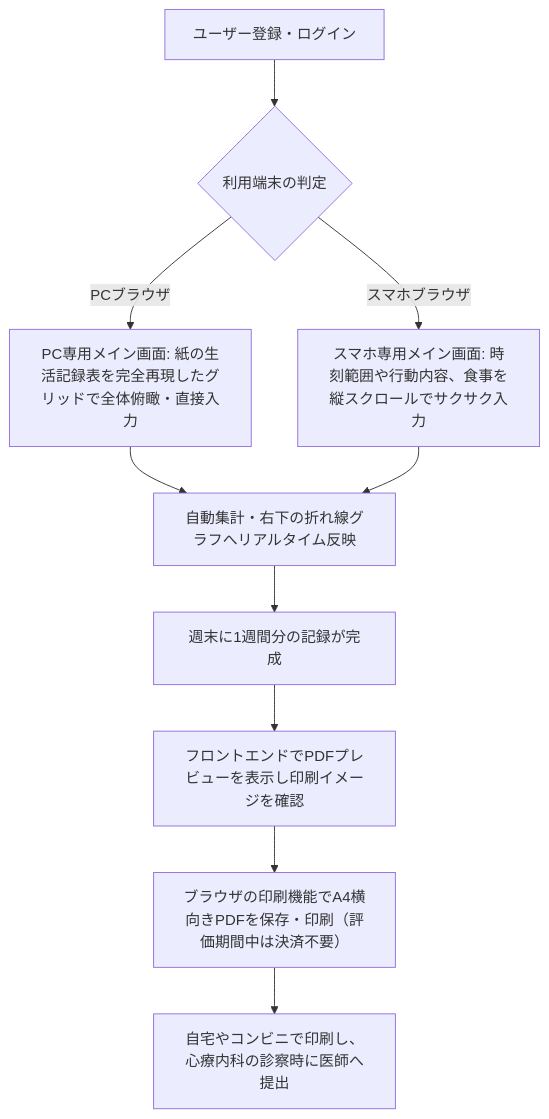
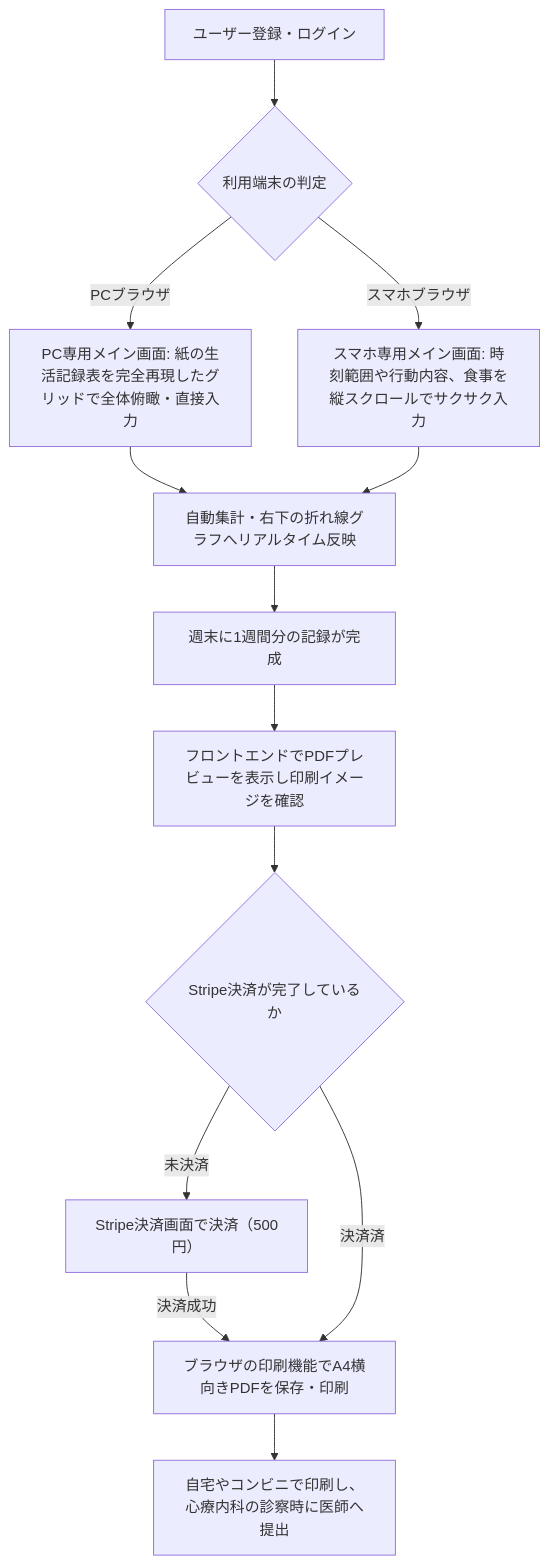
Before and after one commit to fm5889rx/repace-app: the diagram in docs/要件定義書.md, drawn with Mermaid. The commit also changed other lines of this file and 9 other files, not shown here.

````diff
--- a/docs/要件定義書.md
+++ b/docs/要件定義書.md
@@ -72,12 +72,15 @@
 ```mermaid
 flowchart TD
     A[ユーザー登録・ログイン] --> B{利用端末の判定}
     B -- PCブラウザ --> C[PC専用メイン画面: 紙の生活記録表を完全再現したグリッドで全体俯瞰・直接入力]
     B -- スマホブラウザ --> D[スマホ専用メイン画面: 時刻範囲や行動内容、食事を縦スクロールでサクサク入力]
     C --> E[自動集計・右下の折れ線グラフへリアルタイム反映]
     D --> E
     E --> F[週末に1週間分の記録が完成]
     F --> G[フロントエンドでPDFプレビューを表示し印刷イメージを確認]
-    G --> J[ブラウザの印刷機能でA4横向きPDFを保存・印刷（評価期間中は決済不要）]
+    G --> H{Stripe決済が完了しているか}
+    H -- 未決済 --> I[Stripe決済画面で決済（500円）]
+    I -- 決済成功 --> J
+    H -- 決済済 --> J[ブラウザの印刷機能でA4横向きPDFを保存・印刷]
     J --> K[自宅やコンビニで印刷し、心療内科の診察時に医師へ提出]
 ```
````
